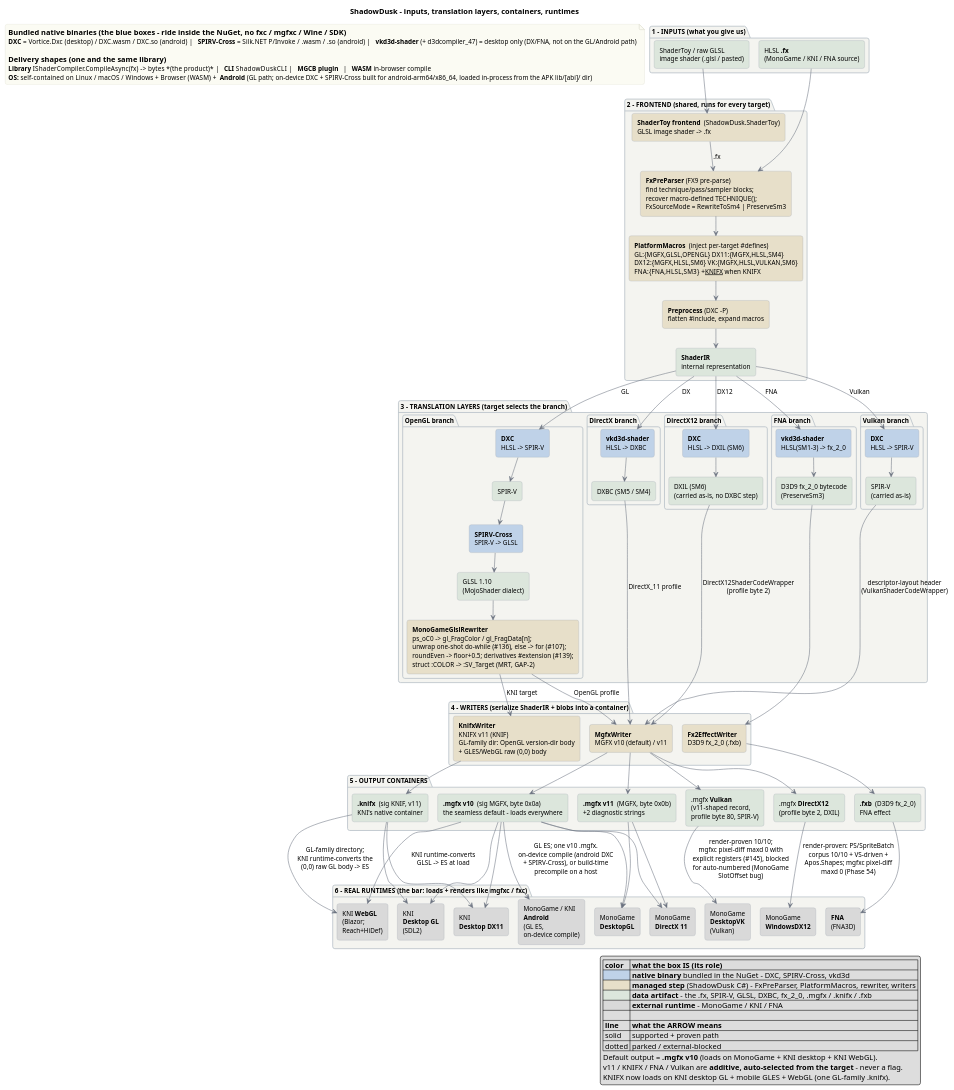
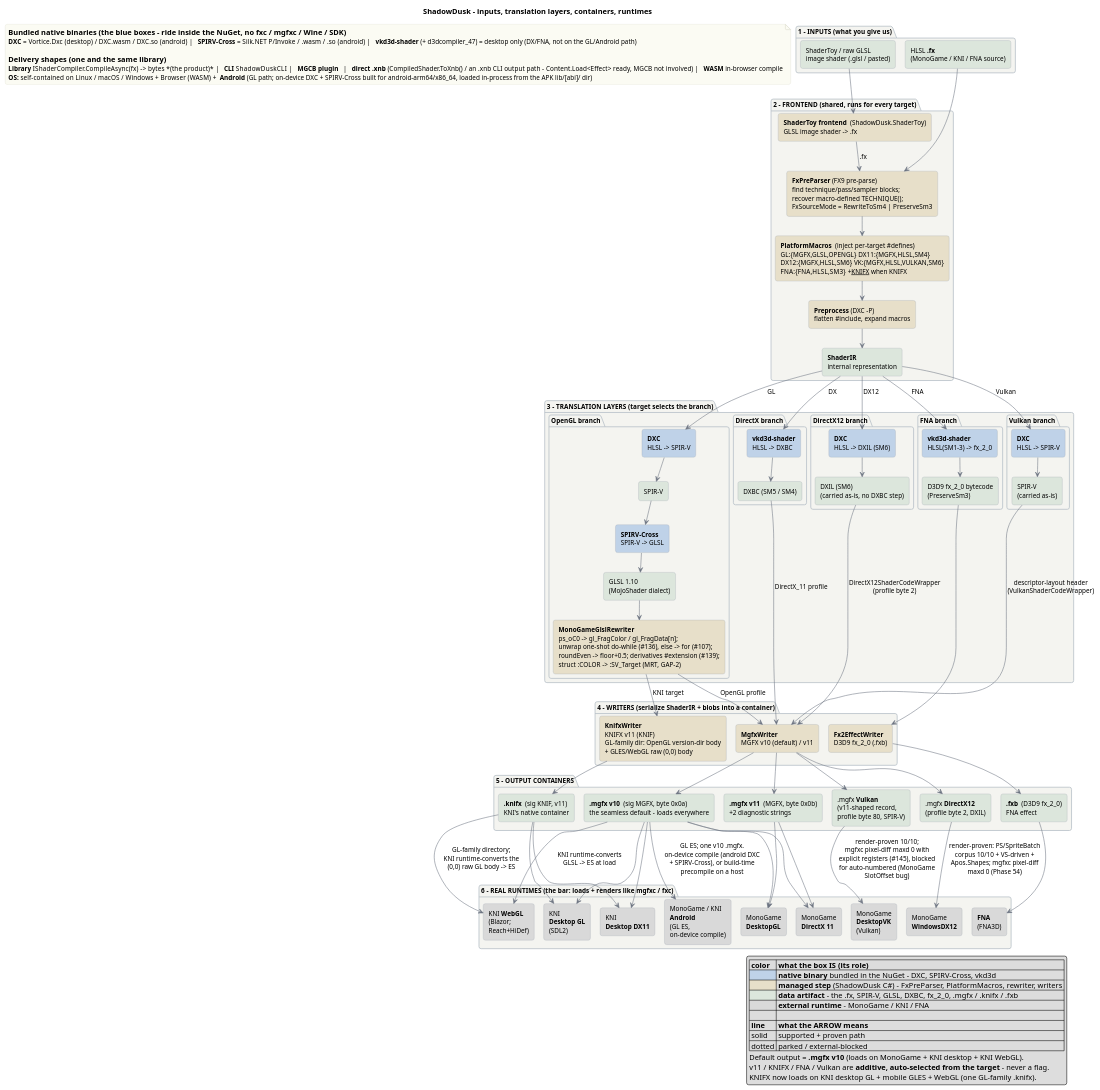
Before and after one commit to kaltinril/ShadowDusk: the diagram in docs/pipeline-overview.puml, drawn with PlantUML. The commit also changed 31 other files, not shown here.

```diff
--- a/docs/pipeline-overview.puml
+++ b/docs/pipeline-overview.puml
@@ -1,188 +1,188 @@
 @startuml pipeline-overview
 !pragma layout smetana
 ' ShadowDusk - full compile pipeline: inputs -> frontend -> per-target backends ->
 ' writers -> containers -> real runtimes (and the OS / delivery shapes).
 ' Render: VS Code PlantUML extension (Alt+D), or `plantuml docs/pipeline-overview.puml`.
 ' Uses Smetana layout so it renders without Graphviz; install Graphviz + drop the
 ' !pragma line above for a tidier `dot` layout.
 '
 ' COLOR = ROLE of the box (see the legend), consistent across every layer:
 '   #BFD2E8 blue  = bundled NATIVE binary (DXC / SPIRV-Cross / vkd3d)
 '   #E7DFC9 tan   = ShadowDusk MANAGED step (our C#: parser, macros, rewriter, writers)
 '   #DCE6DC sage  = DATA artifact (the bytes between steps + the input/output files)
 '   #D9D9D9 gray  = EXTERNAL runtime (MonoGame / KNI / FNA)
 ' Package boxes just group by pipeline LAYER and are kept neutral so the role colors read.
 
 title ShadowDusk - inputs, translation layers, containers, runtimes
 
 skinparam shadowing false
 skinparam roundCorner 8
 skinparam ArrowColor #6b7280
 skinparam defaultFontName "Segoe UI"
 skinparam defaultFontSize 12
 skinparam rectangle {
   BorderColor #9aa3ad
 }
 skinparam package {
   BackgroundColor #F4F4F0
   BorderColor #b8c0c8
   FontStyle bold
 }
 skinparam note {
   BackgroundColor #FBFBF3
   BorderColor #d8d8c8
 }
 
 ' ===== 1. INPUTS =====
 package "1 - INPUTS  (what you give us)" {
   rectangle "HLSL **.fx**\n(MonoGame / KNI / FNA source)" as FX #DCE6DC
   rectangle "ShaderToy / raw GLSL\nimage shader (.glsl / pasted)" as GLSLIN #DCE6DC
 }
 
 ' ===== 2. FRONTEND (shared) =====
 package "2 - FRONTEND  (shared, runs for every target)" {
   rectangle "**ShaderToy frontend**  (ShadowDusk.ShaderToy)\nGLSL image shader -> .fx" as STOY #E7DFC9
   rectangle "**FxPreParser** (FX9 pre-parse)\nfind technique/pass/sampler blocks;\nrecover macro-defined TECHNIQUE();\nFxSourceMode = RewriteToSm4 | PreserveSm3" as PRE #E7DFC9
   rectangle "**PlatformMacros**  (inject per-target #defines)\nGL:{MGFX,GLSL,OPENGL}  DX11:{MGFX,HLSL,SM4}\nDX12:{MGFX,HLSL,SM6}  VK:{MGFX,HLSL,VULKAN,SM6}\nFNA:{FNA,HLSL,SM3}   +__KNIFX__ when KNIFX" as MAC #E7DFC9
   rectangle "**Preprocess** (DXC -P)\nflatten #include, expand macros" as PP #E7DFC9
   rectangle "**ShaderIR**\ninternal representation" as IR #DCE6DC
 }
 
 ' ===== 3. TRANSLATION LAYERS (tools inlined per branch) =====
 package "3 - TRANSLATION LAYERS  (target selects the branch)" {
 
   package "OpenGL branch" {
     rectangle "**DXC**\nHLSL -> SPIR-V" as GL_DXC #BFD2E8
     rectangle "SPIR-V" as GL_SPV #DCE6DC
     rectangle "**SPIRV-Cross**\nSPIR-V -> GLSL" as GL_SPVC #BFD2E8
     rectangle "GLSL 1.10\n(MojoShader dialect)" as GL_GLSL #DCE6DC
     rectangle "**MonoGameGlslRewriter**\nps_oC0 -> gl_FragColor / gl_FragData[n];\nunwrap one-shot do-while (#136), else -> for (#107);\nroundEven -> floor+0.5; derivatives #extension (#139);\nstruct :COLOR -> :SV_Target (MRT, GAP-2)" as GL_RW #E7DFC9
     GL_DXC -down-> GL_SPV
     GL_SPV -down-> GL_SPVC
     GL_SPVC -down-> GL_GLSL
     GL_GLSL -down-> GL_RW
   }
 
   package "DirectX branch" {
     rectangle "**vkd3d-shader**\nHLSL -> DXBC" as DX_VKD #BFD2E8
     rectangle "DXBC (SM5 / SM4)" as DX_DXBC #DCE6DC
     DX_VKD -down-> DX_DXBC
   }
 
   package "DirectX12 branch" {
     rectangle "**DXC**\nHLSL -> DXIL (SM6)" as DX12_DXC #BFD2E8
     rectangle "DXIL (SM6)\n(carried as-is, no DXBC step)" as DX12_DXIL #DCE6DC
     DX12_DXC -down-> DX12_DXIL
   }
 
   package "FNA branch" {
     rectangle "**vkd3d-shader**\nHLSL(SM1-3) -> fx_2_0" as FNA_VKD #BFD2E8
     rectangle "D3D9 fx_2_0 bytecode\n(PreserveSm3)" as FNA_FX2 #DCE6DC
     FNA_VKD -down-> FNA_FX2
   }
 
   package "Vulkan branch" {
     rectangle "**DXC**\nHLSL -> SPIR-V" as VK_DXC #BFD2E8
     rectangle "SPIR-V\n(carried as-is)" as VK_SPV #DCE6DC
     VK_DXC -down-> VK_SPV
   }
 }
 
 ' ===== 4. WRITERS =====
 package "4 - WRITERS  (serialize ShaderIR + blobs into a container)" {
   rectangle "**MgfxWriter**\nMGFX v10 (default) / v11" as MGW #E7DFC9
   rectangle "**KnifxWriter**\nKNIFX v11 (KNIF)\nGL-family dir: OpenGL version-dir body\n+ GLES/WebGL raw (0,0) body" as KNW #E7DFC9
   rectangle "**Fx2EffectWriter**\nD3D9 fx_2_0 (.fxb)" as FXW #E7DFC9
 }
 
 ' ===== 5. OUTPUT CONTAINERS =====
 package "5 - OUTPUT CONTAINERS" {
   rectangle "**.mgfx v10**  (sig MGFX, byte 0x0a)\nthe seamless default - loads everywhere" as O_MGFX10 #DCE6DC
   rectangle "**.mgfx v11**  (MGFX, byte 0x0b)\n+2 diagnostic strings" as O_MGFX11 #DCE6DC
   rectangle "**.knifx**  (sig KNIF, v11)\nKNI's native container" as O_KNIFX #DCE6DC
   rectangle "**.fxb**  (D3D9 fx_2_0)\nFNA effect" as O_FXB #DCE6DC
   rectangle ".mgfx **Vulkan**\n(v11-shaped record,\nprofile byte 80, SPIR-V)" as O_MGFXVK #DCE6DC
   rectangle ".mgfx **DirectX12**\n(profile byte 2, DXIL)" as O_MGFXDX12 #DCE6DC
 }
 
 ' ===== 6. REAL RUNTIMES =====
 package "6 - REAL RUNTIMES  (the bar: loads + renders like mgfxc / fxc)" {
   rectangle "KNI **WebGL**\n(Blazor;\nReach+HiDef)" as R_KNIWEB #D9D9D9
   rectangle "KNI\n**Desktop GL**\n(SDL2)" as R_KNIGL #D9D9D9
   rectangle "KNI\n**Desktop DX11**" as R_KNIDX #D9D9D9
   rectangle "MonoGame\n**DesktopGL**" as R_MGGL #D9D9D9
   rectangle "MonoGame\n**DirectX 11**" as R_MGDX #D9D9D9
   rectangle "MonoGame\n**WindowsDX12**" as R_MGDX12 #D9D9D9
   rectangle "MonoGame\n**DesktopVK**\n(Vulkan)" as R_MGVK #D9D9D9
   rectangle "**FNA**\n(FNA3D)" as R_FNA #D9D9D9
   rectangle "MonoGame / KNI\n**Android**\n(GL ES,\non-device compile)" as R_ANDROID #D9D9D9
 }
 
 ' ===== FLOWS =====
 GLSLIN --> STOY
 STOY --> PRE : ".fx"
 FX --> PRE
 PRE --> MAC
 MAC --> PP
 PP --> IR
 
 IR --> GL_DXC : "GL"
 IR --> DX_VKD : "DX"
 IR --> DX12_DXC : "DX12"
 IR --> FNA_VKD : "FNA"
 IR --> VK_DXC : "Vulkan"
 
 GL_RW --> MGW : "OpenGL profile"
 GL_RW --> KNW : "KNI target"
 DX_DXBC --> MGW : "DirectX_11 profile"
 DX12_DXIL --> MGW : "DirectX12ShaderCodeWrapper\n(profile byte 2)"
 FNA_FX2 --> FXW
 VK_SPV --> MGW : "descriptor-layout header\n(VulkanShaderCodeWrapper)"
 
 MGW --> O_MGFX10
 MGW --> O_MGFX11
 MGW --> O_MGFXVK
 MGW --> O_MGFXDX12
 KNW --> O_KNIFX
 FXW --> O_FXB
 
 O_MGFX10 --> R_MGGL
 O_MGFX10 --> R_MGDX
 O_MGFX10 --> R_KNIGL
 O_MGFX10 --> R_KNIDX
 O_MGFX10 --> R_KNIWEB : "KNI runtime-converts\nGLSL -> ES at load"
 O_MGFX11 --> R_MGGL
 O_MGFX11 --> R_MGDX
 O_KNIFX --> R_KNIGL
 O_KNIFX --> R_KNIDX
 O_KNIFX --> R_KNIWEB : "GL-family directory;\nKNI runtime-converts the\n(0,0) raw GL body -> ES"
 O_FXB --> R_FNA
 O_MGFXVK --> R_MGVK : "render-proven 10/10;\nmgfxc pixel-diff maxd 0 with\nexplicit registers (#145), blocked\nfor auto-numbered (MonoGame\nSlotOffset bug)"
 O_MGFXDX12 --> R_MGDX12 : "render-proven: PS/SpriteBatch\ncorpus 10/10 + VS-driven +\nApos.Shapes; mgfxc pixel-diff\nmaxd 0 (Phase 54)"
 O_MGFX10 --> R_ANDROID : "GL ES; one v10 .mgfx.\non-device compile (android DXC\n+ SPIRV-Cross), or build-time\nprecompile on a host"
 
 note as N1
 == Bundled native binaries (the blue boxes - ride inside the NuGet, no fxc / mgfxc / Wine / SDK)
 **DXC** = Vortice.Dxc (desktop) / DXC.wasm / DXC.so (android)   |   **SPIRV-Cross** = Silk.NET P/Invoke / .wasm / .so (android)   |   **vkd3d-shader** (+ d3dcompiler_47) = desktop only (DX/FNA, not on the GL/Android path)
 
 == Delivery shapes (one and the same library)
-**Library** IShaderCompiler.CompileAsync(fx) -> bytes  *(the product)*   |   **CLI** ShadowDuskCLI   |   **MGCB plugin**   |   **WASM** in-browser compile
+**Library** IShaderCompiler.CompileAsync(fx) -> bytes  *(the product)*   |   **CLI** ShadowDuskCLI   |   **MGCB plugin**   |   **direct .xnb** (CompiledShader.ToXnb() / an .xnb CLI output path - Content.Load<Effect> ready, MGCB not involved)   |   **WASM** in-browser compile
 **OS:** self-contained on Linux / macOS / Windows  +  Browser (WASM)  +  **Android** (GL path; on-device DXC + SPIRV-Cross built for android-arm64/x86_64, loaded in-process from the APK lib/[abi]/ dir)
 end note
 
 legend right
   |= color |= what the box IS (its role) |
   |<#BFD2E8>          | **native binary** bundled in the NuGet - DXC, SPIRV-Cross, vkd3d |
   |<#E7DFC9>          | **managed step** (ShadowDusk C#) - FxPreParser, PlatformMacros, rewriter, writers |
   |<#DCE6DC>          | **data artifact** - the .fx, SPIR-V, GLSL, DXBC, fx_2_0, .mgfx / .knifx / .fxb |
   |<#D9D9D9>          | **external runtime** - MonoGame / KNI / FNA |
   |          |          |
   |= line |= what the ARROW means |
   | solid | supported + proven path |
   | dotted | parked / external-blocked |
   Default output = **.mgfx v10** (loads on MonoGame + KNI desktop + KNI WebGL).
   v11 / KNIFX / FNA / Vulkan are **additive, auto-selected from the target** - never a flag.
   KNIFX now loads on KNI desktop GL + mobile GLES + WebGL (one GL-family .knifx).
 endlegend
 
 @enduml
```
